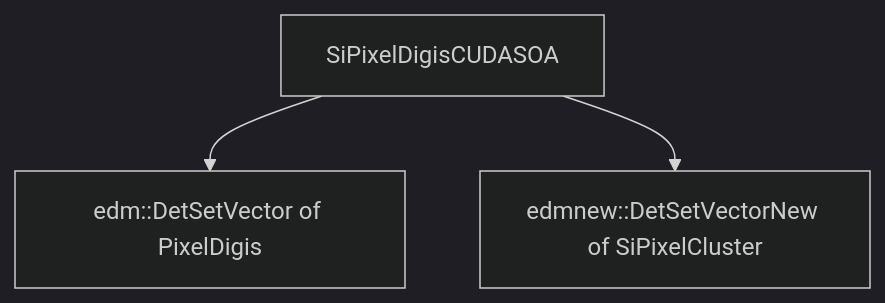
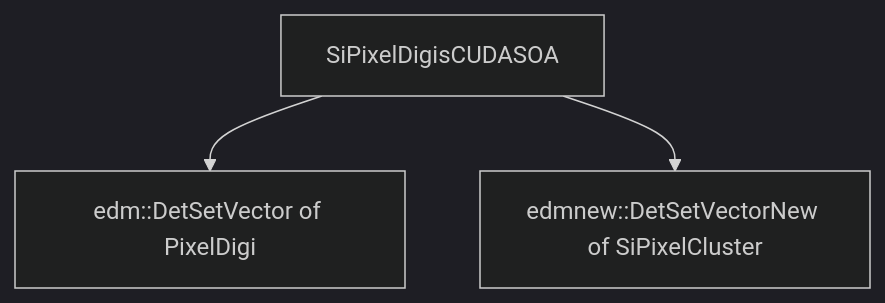
The diagram in docs/cmssw/gpu/SiPixelDigisClustersFromSoA-overview.md (CMSTrackerDPG/cms-tkdpg-software-knowledge-transfer), drawn with Mermaid (dark theme) before and after one commit. The commit also changed other lines of this file, not shown here.

````diff
--- a/docs/cmssw/gpu/SiPixelDigisClustersFromSoA-overview.md
+++ b/docs/cmssw/gpu/SiPixelDigisClustersFromSoA-overview.md
@@ -10,6 +10,6 @@
 ```mermaid
 flowchart
-	cudasoa[SiPixelDigisCUDASOA] --> detsetpix[edm::DetSetVector of PixelDigis]
+	cudasoa[SiPixelDigisCUDASOA] --> detsetpix[edm::DetSetVector of PixelDigi]
 	cudasoa --> detsetclus[edmnew::DetSetVectorNew of SiPixelCluster]	
 
 ```
````
